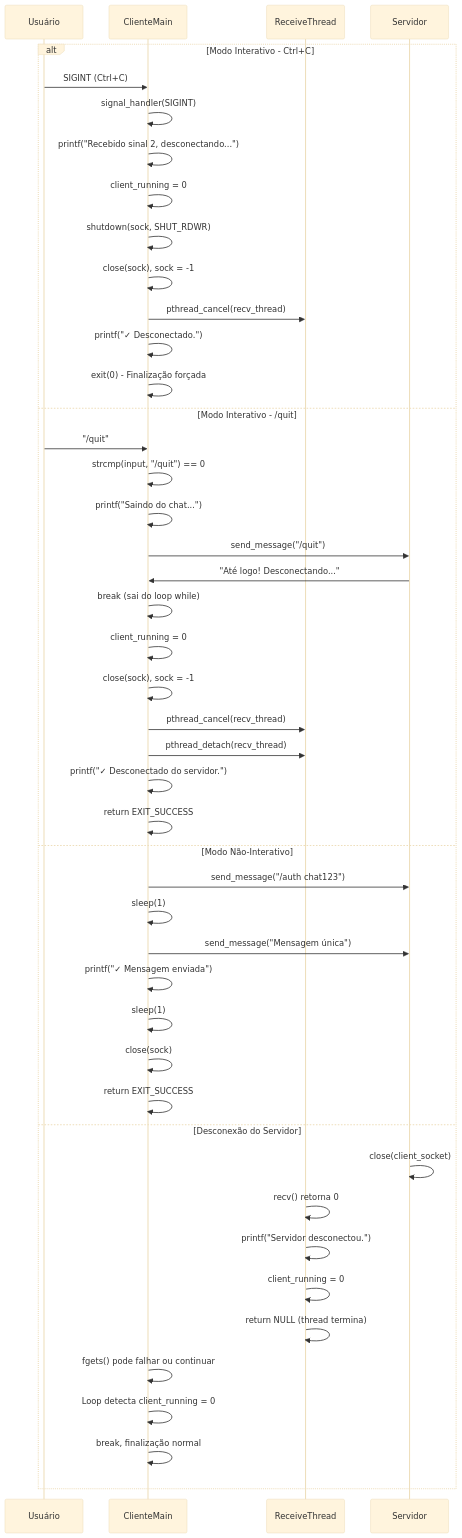
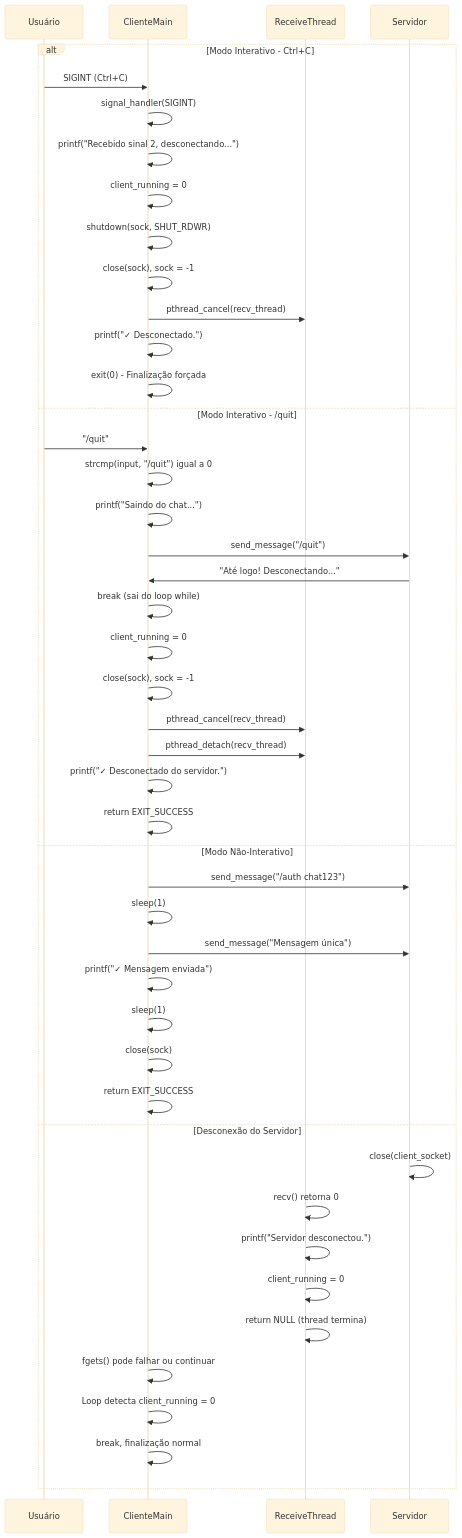
Before and after one commit to tahaluh/lp2-chat-tcp: the sixth of 6 diagrams in docs/sequence_diagrams.md, drawn with Mermaid (base theme). The commit also changed other lines of this file, not shown here.

Commit message:
fix: update sequence diagrams with Portuguese translations for conditions and actions

````diff
--- a/docs/sequence_diagrams.md
+++ b/docs/sequence_diagrams.md
@@ -299,52 +299,52 @@
 ```mermaid
 sequenceDiagram
     participant User as Usuário
     participant C as ClienteMain
     participant RT as ReceiveThread
     participant S as Servidor
 
     alt Modo Interativo - Ctrl+C
         User->>C: SIGINT (Ctrl+C)
         C->>C: signal_handler(SIGINT)
         C->>C: printf("Recebido sinal 2, desconectando...")
         C->>C: client_running = 0
         C->>C: shutdown(sock, SHUT_RDWR)
         C->>C: close(sock), sock = -1
         C->>RT: pthread_cancel(recv_thread)
         C->>C: printf("✓ Desconectado.")
         C->>C: exit(0) - Finalização forçada
         
     else Modo Interativo - /quit
         User->>C: "/quit"
-        C->>C: strcmp(input, "/quit") == 0
+        C->>C: strcmp(input, "/quit") igual a 0
         C->>C: printf("Saindo do chat...")
         C->>S: send_message("/quit")
         S->>C: "Até logo! Desconectando..."
         C->>C: break (sai do loop while)
         C->>C: client_running = 0
         C->>C: close(sock), sock = -1
         C->>RT: pthread_cancel(recv_thread)
         C->>RT: pthread_detach(recv_thread)
         C->>C: printf("✓ Desconectado do servidor.")
         C->>C: return EXIT_SUCCESS
         
     else Modo Não-Interativo
         C->>S: send_message("/auth chat123")
         C->>C: sleep(1)
         C->>S: send_message("Mensagem única")
         C->>C: printf("✓ Mensagem enviada")
         C->>C: sleep(1)
         C->>C: close(sock)
         C->>C: return EXIT_SUCCESS
         
     else Desconexão do Servidor
         S->>S: close(client_socket)
         RT->>RT: recv() retorna 0
         RT->>RT: printf("Servidor desconectou.")
         RT->>RT: client_running = 0
         RT->>RT: return NULL (thread termina)
         C->>C: fgets() pode falhar ou continuar
         C->>C: Loop detecta client_running = 0
         C->>C: break, finalização normal
     end
 ```
````
